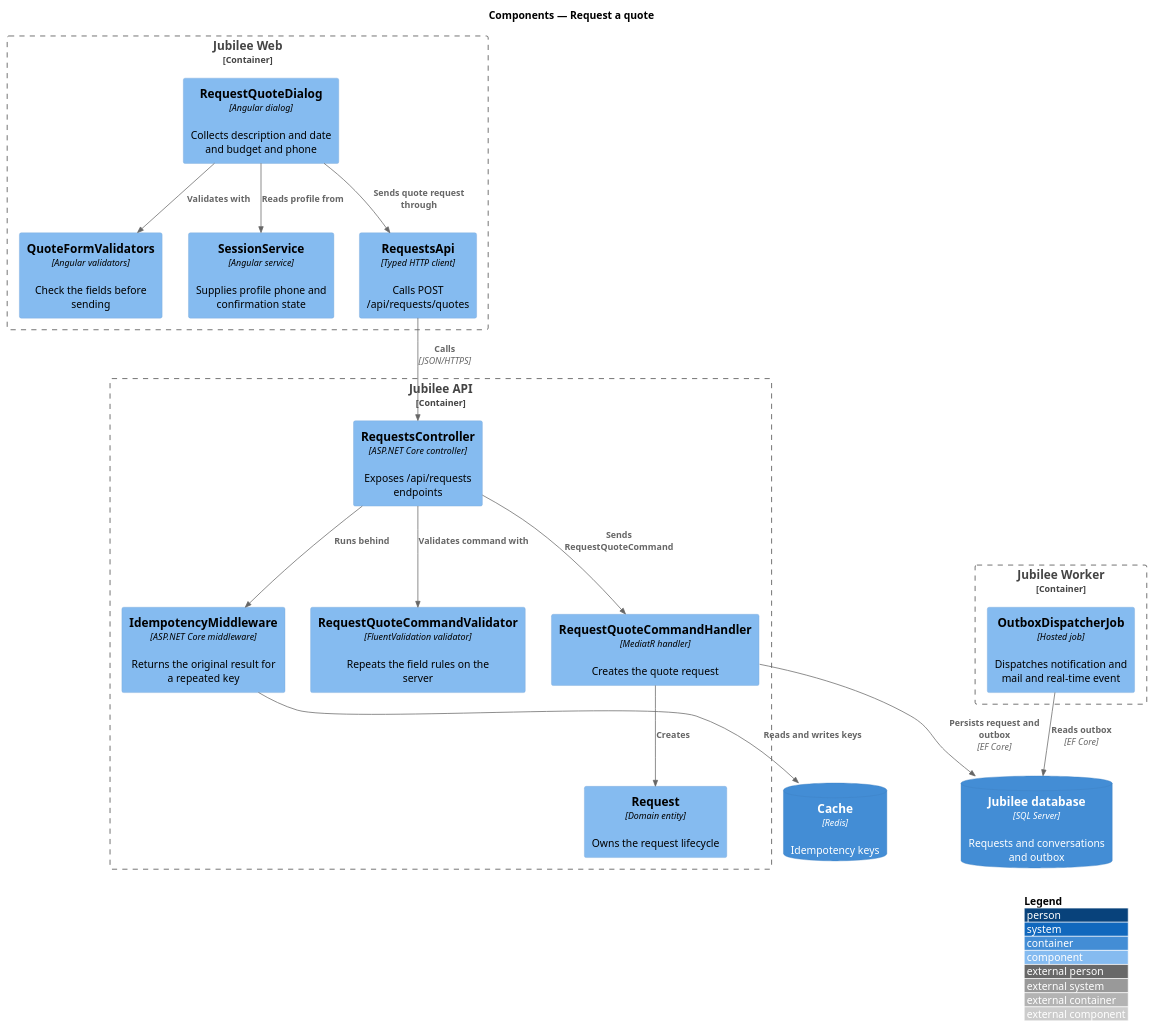
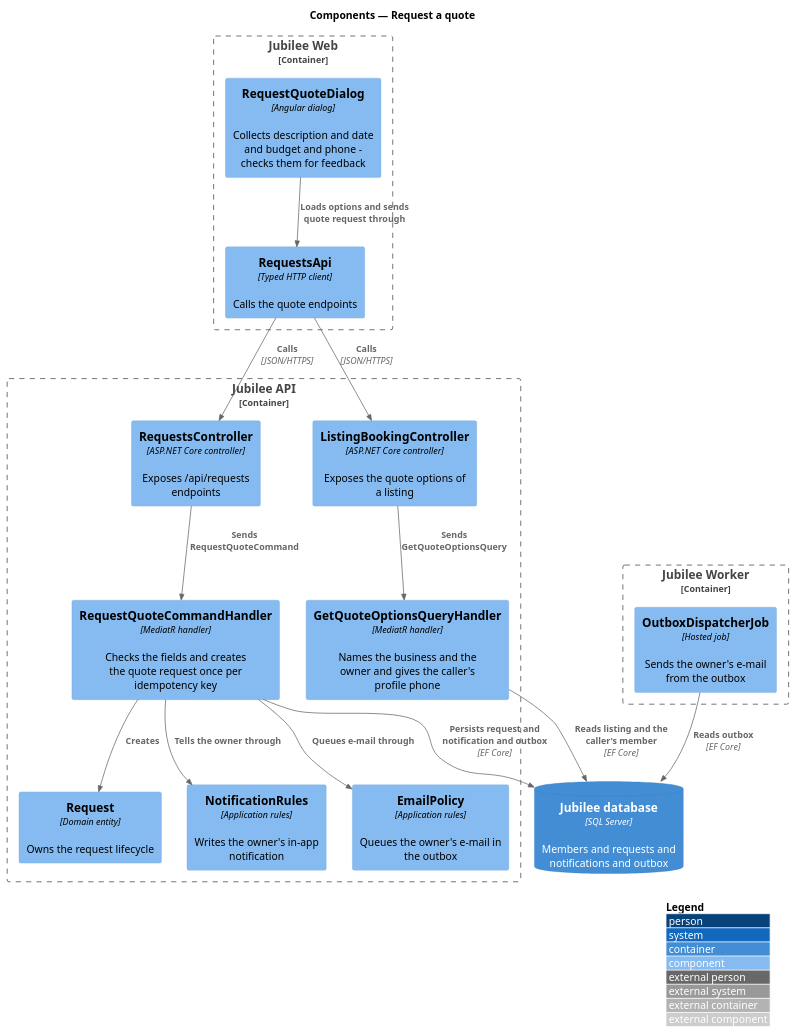
One commit to QuinntyneBrown/jubilee changed the diagram in docs/detailed-designs/requests/request-quote/diagrams/c4-component.puml. Above: the diagram before and after it, drawn with PlantUML. The commit also changed 13 other files, not shown here.

First line of the commit message:
Sharpen the quote criteria and bring the request-quote design in line with the code

```diff
--- a/docs/detailed-designs/requests/request-quote/diagrams/c4-component.puml
+++ b/docs/detailed-designs/requests/request-quote/diagrams/c4-component.puml
@@ -1,36 +1,35 @@
 @startuml
 !include <C4/C4_Component>
 LAYOUT_WITH_LEGEND()
 title Components — Request a quote
 
 Container_Boundary(web, "Jubilee Web") {
-  Component(dialog, "RequestQuoteDialog", "Angular dialog", "Collects description and date and budget and phone")
-  Component(fv, "QuoteFormValidators", "Angular validators", "Check the fields before sending")
-  Component(session, "SessionService", "Angular service", "Supplies profile phone and confirmation state")
-  Component(client, "RequestsApi", "Typed HTTP client", "Calls POST /api/requests/quotes")
+  Component(dialog, "RequestQuoteDialog", "Angular dialog", "Collects description and date and budget and phone - checks them for feedback")
+  Component(client, "RequestsApi", "Typed HTTP client", "Calls the quote endpoints")
 }
 Container_Boundary(api, "Jubilee API") {
+  Component(listingCtrl, "ListingBookingController", "ASP.NET Core controller", "Exposes the quote options of a listing")
   Component(ctrl, "RequestsController", "ASP.NET Core controller", "Exposes /api/requests endpoints")
-  Component(idem, "IdempotencyMiddleware", "ASP.NET Core middleware", "Returns the original result for a repeated key")
-  Component(val, "RequestQuoteCommandValidator", "FluentValidation validator", "Repeats the field rules on the server")
-  Component(handler, "RequestQuoteCommandHandler", "MediatR handler", "Creates the quote request")
+  Component(options, "GetQuoteOptionsQueryHandler", "MediatR handler", "Names the business and the owner and gives the caller's profile phone")
+  Component(handler, "RequestQuoteCommandHandler", "MediatR handler", "Checks the fields and creates the quote request once per idempotency key")
   Component(entity, "Request", "Domain entity", "Owns the request lifecycle")
+  Component(tell, "NotificationRules", "Application rules", "Writes the owner's in-app notification")
+  Component(mail, "EmailPolicy", "Application rules", "Queues the owner's e-mail in the outbox")
 }
 Container_Boundary(worker, "Jubilee Worker") {
-  Component(outbox, "OutboxDispatcherJob", "Hosted job", "Dispatches notification and mail and real-time event")
+  Component(outbox, "OutboxDispatcherJob", "Hosted job", "Sends the owner's e-mail from the outbox")
 }
-ContainerDb(db, "Jubilee database", "SQL Server", "Requests and conversations and outbox")
-ContainerDb(cache, "Cache", "Redis", "Idempotency keys")
+ContainerDb(db, "Jubilee database", "SQL Server", "Members and requests and notifications and outbox")
 
-Rel(dialog, fv, "Validates with")
-Rel(dialog, session, "Reads profile from")
-Rel(dialog, client, "Sends quote request through")
+Rel(dialog, client, "Loads options and sends quote request through")
+Rel(client, listingCtrl, "Calls", "JSON/HTTPS")
 Rel(client, ctrl, "Calls", "JSON/HTTPS")
-Rel(ctrl, idem, "Runs behind")
-Rel(idem, cache, "Reads and writes keys")
-Rel(ctrl, val, "Validates command with")
+Rel(listingCtrl, options, "Sends GetQuoteOptionsQuery")
 Rel(ctrl, handler, "Sends RequestQuoteCommand")
+Rel(options, db, "Reads listing and the caller's member", "EF Core")
 Rel(handler, entity, "Creates")
-Rel(handler, db, "Persists request and outbox", "EF Core")
+Rel(handler, tell, "Tells the owner through")
+Rel(handler, mail, "Queues e-mail through")
+Rel(handler, db, "Persists request and notification and outbox", "EF Core")
 Rel(outbox, db, "Reads outbox", "EF Core")
 @enduml
```
